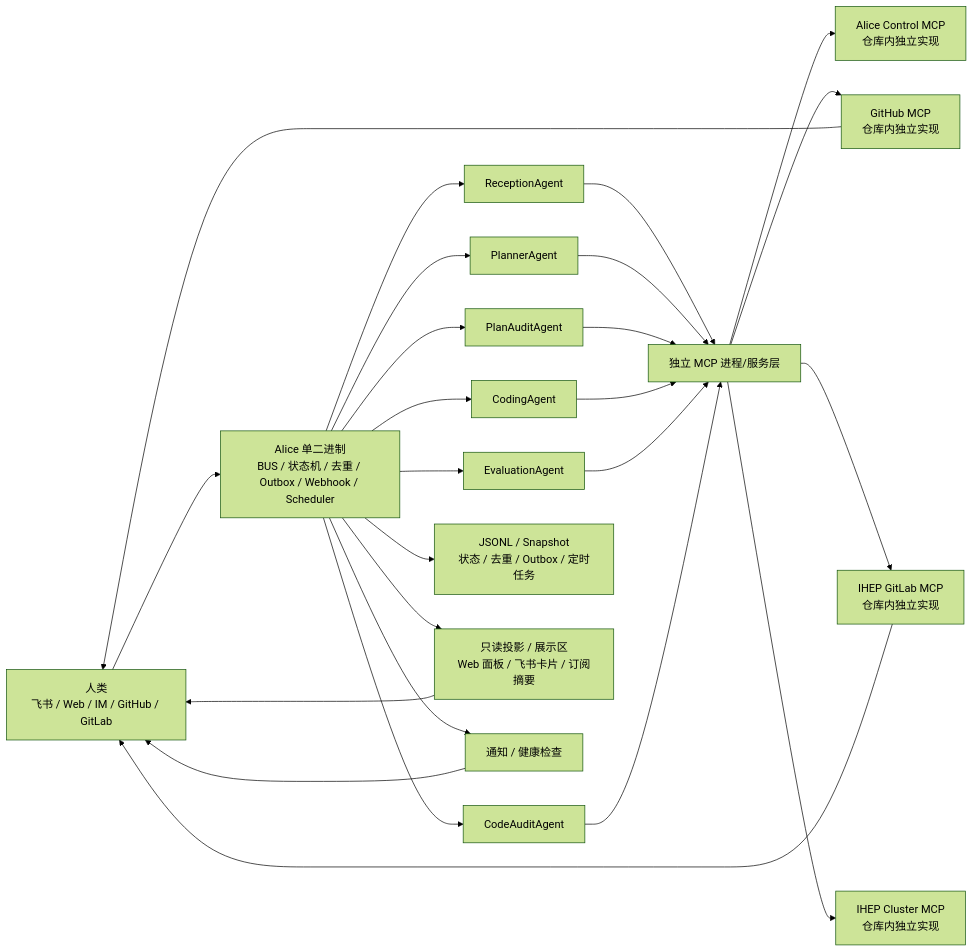
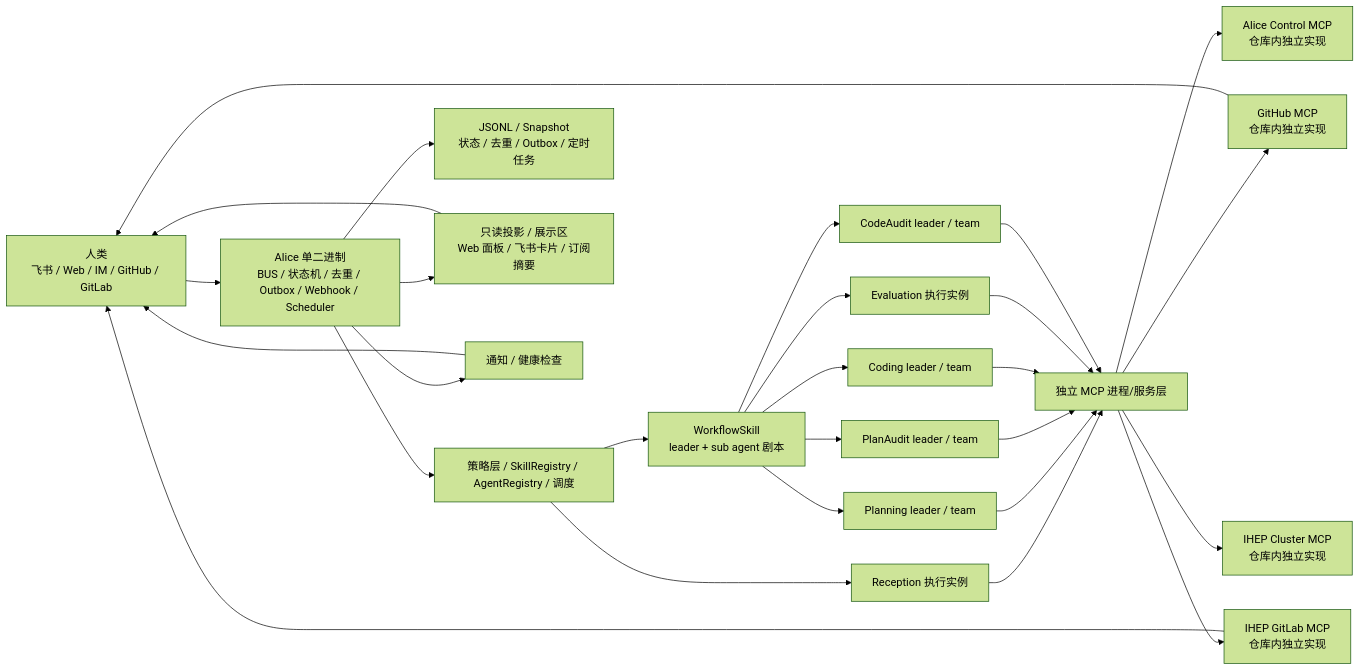
Before and after one commit to Alice-space/alice: the second of 2 diagrams in docs/draft.md, drawn with Mermaid (forest theme). The commit also changed other lines of this file and 10 other files, not shown here.

````diff
--- a/docs/draft.md
+++ b/docs/draft.md
@@ -173,30 +199,32 @@
 ```mermaid
 flowchart LR
     Human["人类<br/>飞书 / Web / IM / GitHub / GitLab"] --> BUS["Alice 单二进制<br/>BUS / 状态机 / 去重 / Outbox / Webhook / Scheduler"]
-    BUS --> Reception["ReceptionAgent"]
-    BUS --> Planner["PlannerAgent"]
-    BUS --> PlanAudit["PlanAuditAgent"]
-    BUS --> Coding["CodingAgent"]
-    BUS --> Eval["EvaluationAgent"]
-    BUS --> CodeAudit["CodeAuditAgent"]
+    BUS --> Policy["策略层 / SkillRegistry / AgentRegistry / 调度"]
+    Policy --> Skill["WorkflowSkill<br/>leader + sub agent 剧本"]
+    Policy --> Reception["Reception 执行实例"]
+    Skill --> Planner["Planning leader / team"]
+    Skill --> PlanAudit["PlanAudit leader / team"]
+    Skill --> Coding["Coding leader / team"]
+    Skill --> Eval["Evaluation 执行实例"]
+    Skill --> CodeAudit["CodeAudit leader / team"]
 
     Reception --> MCP["独立 MCP 进程/服务层"]
     Planner --> MCP
     PlanAudit --> MCP
     Coding --> MCP
     Eval --> MCP
     CodeAudit --> MCP
 
     MCP --> Control["Alice Control MCP<br/>仓库内独立实现"]
     MCP --> GitHub["GitHub MCP<br/>仓库内独立实现"]
     MCP --> GitLab["IHEP GitLab MCP<br/>仓库内独立实现"]
     MCP --> Cluster["IHEP Cluster MCP<br/>仓库内独立实现"]
 
     BUS --> Store["JSONL / Snapshot<br/>状态 / 去重 / Outbox / 定时任务"]
     BUS --> View["只读投影 / 展示区<br/>Web 面板 / 飞书卡片 / 订阅摘要"]
     BUS --> Notify["通知 / 健康检查"]
     View --> Human
     Notify --> Human
     GitHub --> Human
     GitLab --> Human
 ```
````
